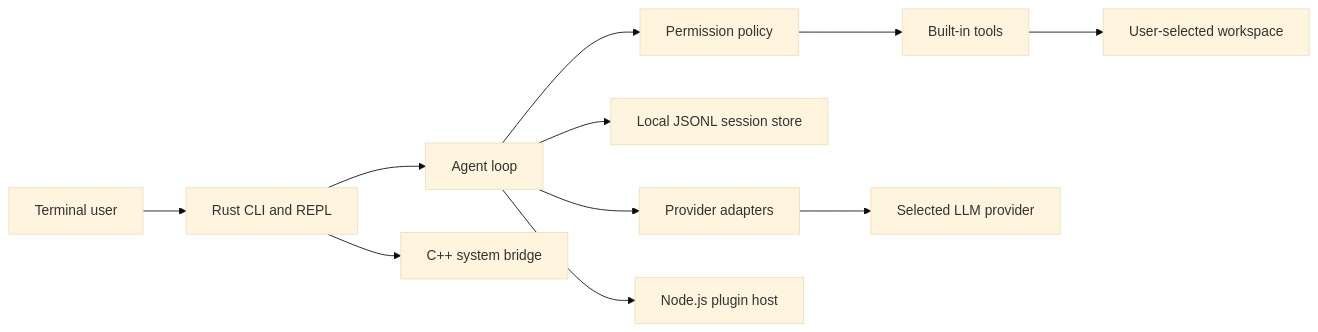
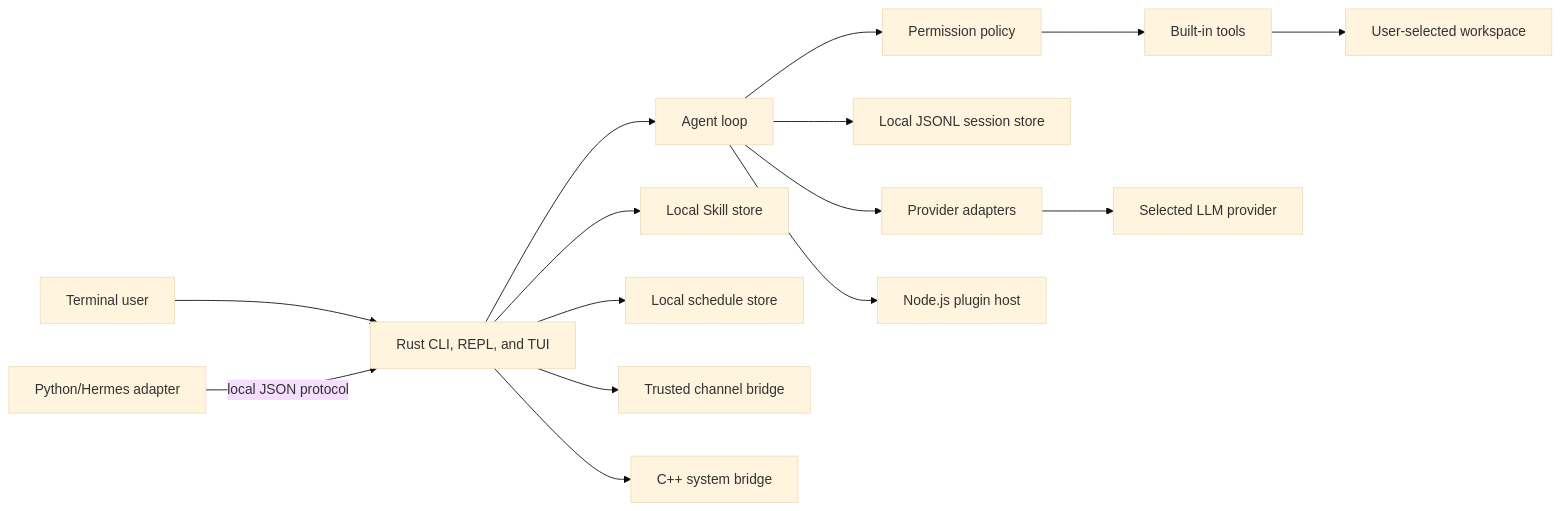
One commit to mohamed-dev-labs/Thinking-Computer changed the diagram in docs/architecture.md. Above: the diagram before and after it, drawn with Mermaid (base theme). The commit also changed other lines of this file and 34 other files, not shown here.

````diff
--- a/docs/architecture.md
+++ b/docs/architecture.md
@@ -7,13 +7,17 @@
 ```mermaid
 flowchart LR
-  User[Terminal user] --> CLI[Rust CLI and REPL]
+  User[Terminal user] --> CLI[Rust CLI, REPL, and TUI]
+  Python[Python/Hermes adapter] -->|local JSON protocol| CLI
   CLI --> Agent[Agent loop]
   Agent --> Providers[Provider adapters]
   Agent --> Memory[Local JSONL session store]
   Agent --> Policy[Permission policy]
   Policy --> Tools[Built-in tools]
   Agent --> Plugins[Node.js plugin host]
+  CLI --> Skills[Local Skill store]
+  CLI --> Schedule[Local schedule store]
+  CLI --> Channel[Trusted channel bridge]
   CLI --> Bridge[C++ system bridge]
   Providers --> Remote[Selected LLM provider]
   Tools --> Workspace[User-selected workspace]
 ```
````
